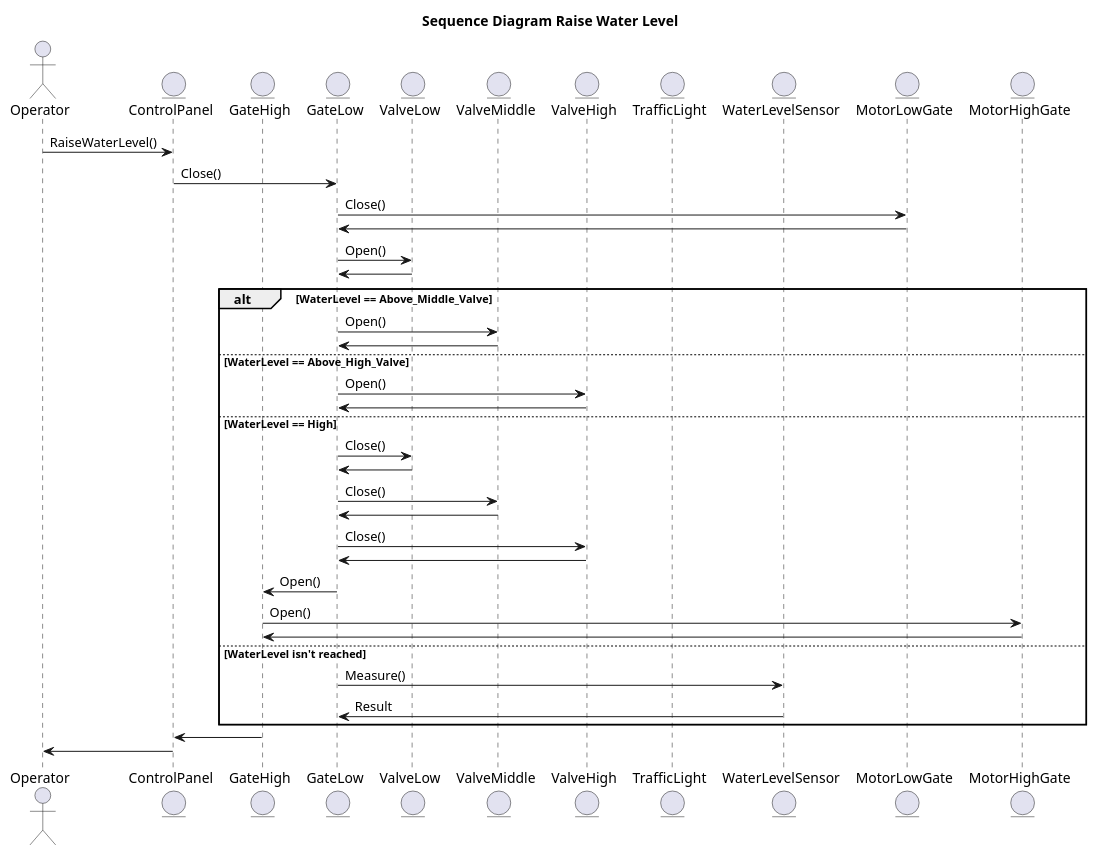
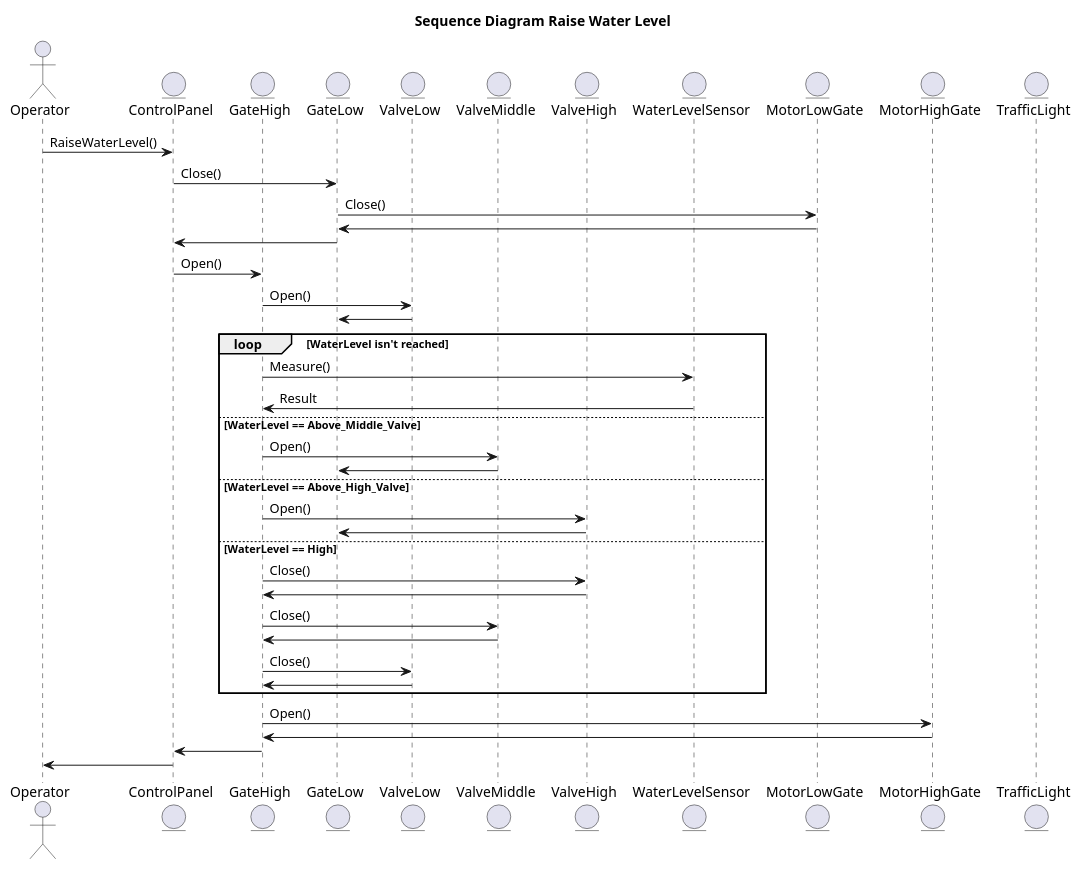
One commit to NathanThus/Technology-Semester-3 changed the fifth of 6 diagrams in Software Design & Algorithms/PoundLock/Diagrams.puml. Above: the diagram before and after it, drawn with PlantUML. The commit also changed other lines of this file, not shown here.

```diff
--- a/Software Design & Algorithms/PoundLock/Diagrams.puml
+++ b/Software Design & Algorithms/PoundLock/Diagrams.puml
@@ -148,46 +153,50 @@
 @startuml Sequence_Raise
 title Sequence Diagram Raise Water Level
 
 Actor Operator
 Entity ControlPanel
 Entity GateHigh
 Entity GateLow
 Entity ValveLow
 Entity ValveMiddle
 Entity ValveHigh
-Entity TrafficLight
 Entity WaterLevelSensor
 Entity MotorLowGate
 Entity MotorHighGate
+Entity TrafficLight
 
 
 Operator -> ControlPanel : RaiseWaterLevel()
 ControlPanel -> GateLow : Close()
 GateLow -> MotorLowGate : Close()
 MotorLowGate -> GateLow
-GateLow -> ValveLow : Open()
+GateLow -> ControlPanel
+ControlPanel -> GateHigh : Open()
+GateHigh -> ValveLow : Open()
 ValveLow -> GateLow
 
-alt WaterLevel == Above_Middle_Valve
-    GateLow -> ValveMiddle : Open()
+loop WaterLevel isn't reached
+    GateHigh -> WaterLevelSensor : Measure()
+    WaterLevelSensor -> GateHigh : Result
+else WaterLevel == Above_Middle_Valve
+    GateHigh -> ValveMiddle : Open()
     ValveMiddle -> GateLow
 else WaterLevel == Above_High_Valve
-    GateLow -> ValveHigh : Open()
+    GateHigh -> ValveHigh : Open()
     ValveHigh -> GateLow
 else WaterLevel == High
-    GateLow -> ValveLow : Close()
-    ValveLow -> GateLow
-    GateLow -> ValveMiddle : Close()
-    ValveMiddle -> GateLow
-    GateLow -> ValveHigh : Close()
-    ValveHigh -> GateLow
-    GateLow -> GateHigh : Open()
-    GateHigh -> MotorHighGate : Open()
-    MotorHighGate -> GateHigh
-else WaterLevel isn't reached
-    GateLow -> WaterLevelSensor : Measure()
-    WaterLevelSensor -> GateLow : Result
+    GateHigh -> ValveHigh : Close()
+    ValveHigh -> GateHigh
+    GateHigh -> ValveMiddle : Close()
+    ValveMiddle -> GateHigh
+    GateHigh -> ValveLow : Close()
+    ValveLow -> GateHigh
+
 end
+
+GateHigh -> MotorHighGate : Open()
+MotorHighGate -> GateHigh
+
 GateHigh -> ControlPanel
 ControlPanel -> Operator 
 @enduml
```
